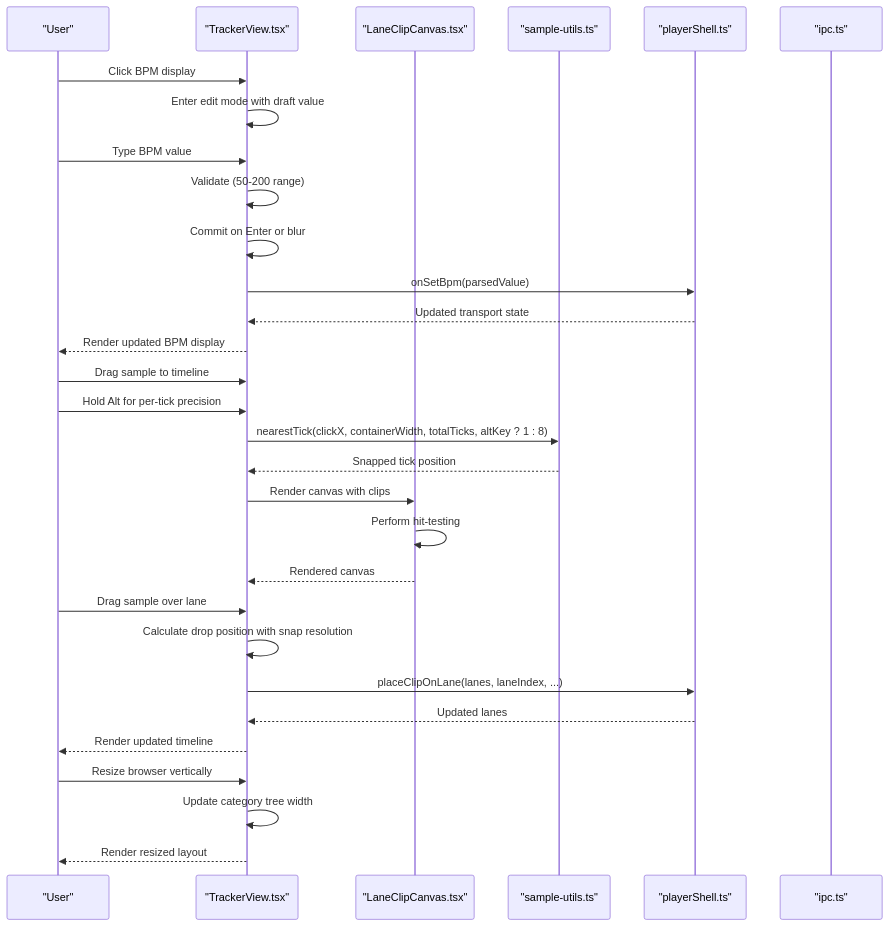
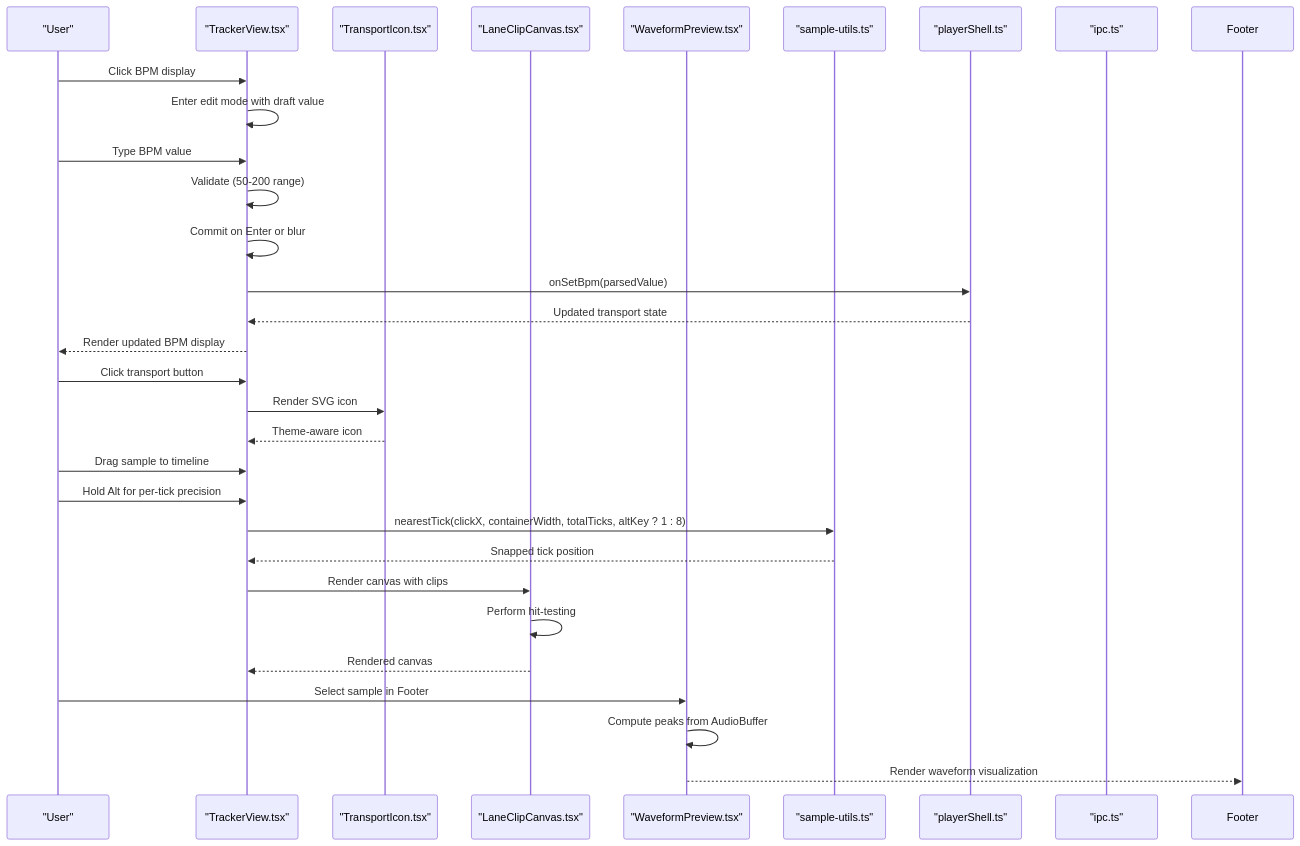
One commit to satyrlord/mixjam-electron changed the seventh of 8 diagrams in .qoder/repowiki/en/content/Core Components/UI Components.md. Above: the diagram before and after it, drawn with Mermaid. The commit also changed other lines of this file and 37 other files, not shown here.

First line of the commit message:
feat(footer): add waveform preview for selected samples

````diff
--- a/.qoder/repowiki/en/content/Core Components/UI Components.md
+++ b/.qoder/repowiki/en/content/Core Components/UI Components.md
@@ -457,32 +570,32 @@
 ```mermaid
 sequenceDiagram
 participant User as "User"
 participant TV as "TrackerView.tsx"
+participant WI as "TransportIcon.tsx"
 participant LCC as "LaneClipCanvas.tsx"
+participant WP as "WaveformPreview.tsx"
 participant SU as "sample-utils.ts"
 participant PS as "playerShell.ts"
 participant IPC as "ipc.ts"
 User->>TV : Click BPM display
 TV->>TV : Enter edit mode with draft value
 User->>TV : Type BPM value
 TV->>TV : Validate (50-200 range)
 TV->>TV : Commit on Enter or blur
 TV->>PS : onSetBpm(parsedValue)
 PS-->>TV : Updated transport state
 TV-->>User : Render updated BPM display
+User->>TV : Click transport button
+TV->>WI : Render SVG icon
+WI-->>TV : Theme-aware icon
 User->>TV : Drag sample to timeline
 User->>TV : Hold Alt for per-tick precision
 TV->>SU : nearestTick(clickX, containerWidth, totalTicks, altKey ? 1 : 8)
 SU-->>TV : Snapped tick position
 TV->>LCC : Render canvas with clips
 LCC->>LCC : Perform hit-testing
 LCC-->>TV : Rendered canvas
-User->>TV : Drag sample over lane
-TV->>TV : Calculate drop position with snap resolution
-TV->>PS : placeClipOnLane(lanes, laneIndex, ...)
-PS-->>TV : Updated lanes
-TV-->>User : Render updated timeline
-User->>TV : Resize browser vertically
-TV->>TV : Update category tree width
-TV-->>User : Render resized layout
+User->>WP : Select sample in Footer
+WP->>WP : Compute peaks from AudioBuffer
+WP-->>Footer : Render waveform visualization
 ```
````
